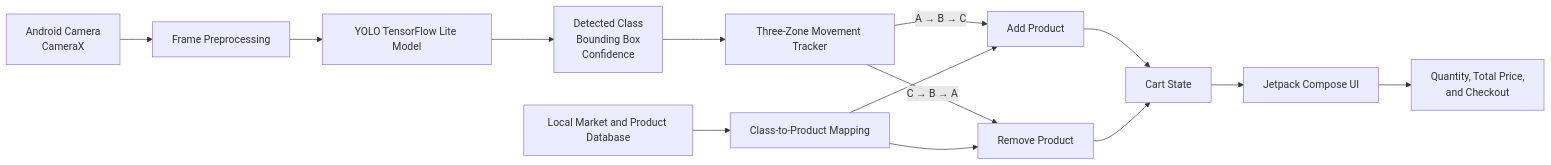
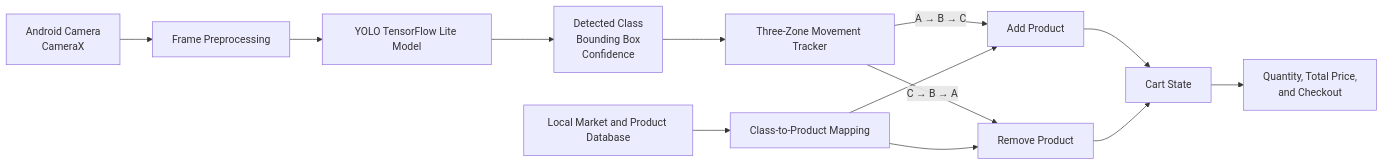
The first of 2 diagrams in README.md (bubbletea03/dku-smart-shopping-cart), drawn with Mermaid before and after one commit. The commit also changed other lines of this file, not shown here.

````diff
--- a/README.md
+++ b/README.md
@@ -38,16 +43,15 @@
 ```mermaid
 flowchart LR
     A[Android Camera<br/>CameraX] --> B[Frame Preprocessing]
     B --> C[YOLO TensorFlow Lite Model]
     C --> D[Detected Class<br/>Bounding Box<br/>Confidence]
     D --> E[Three-Zone Movement Tracker]
     E -->|A → B → C| F[Add Product]
     E -->|C → B → A| G[Remove Product]
     H[Local Market and Product Database] --> I[Class-to-Product Mapping]
     I --> F
     I --> G
     F --> J[Cart State]
     G --> J
-    J --> K[Jetpack Compose UI]
-    K --> L[Quantity, Total Price,<br/>and Checkout]
+    J --> K[Quantity, Total Price,<br/>and Checkout]
 ```
````
